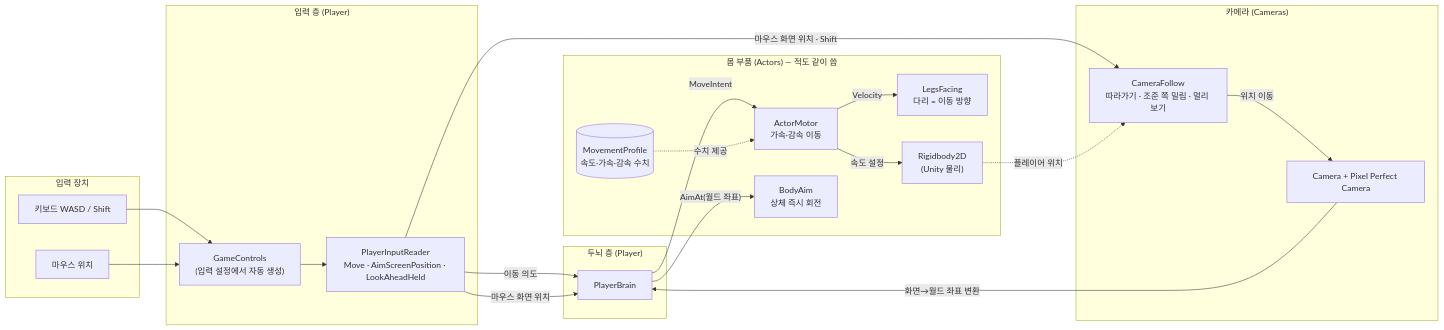
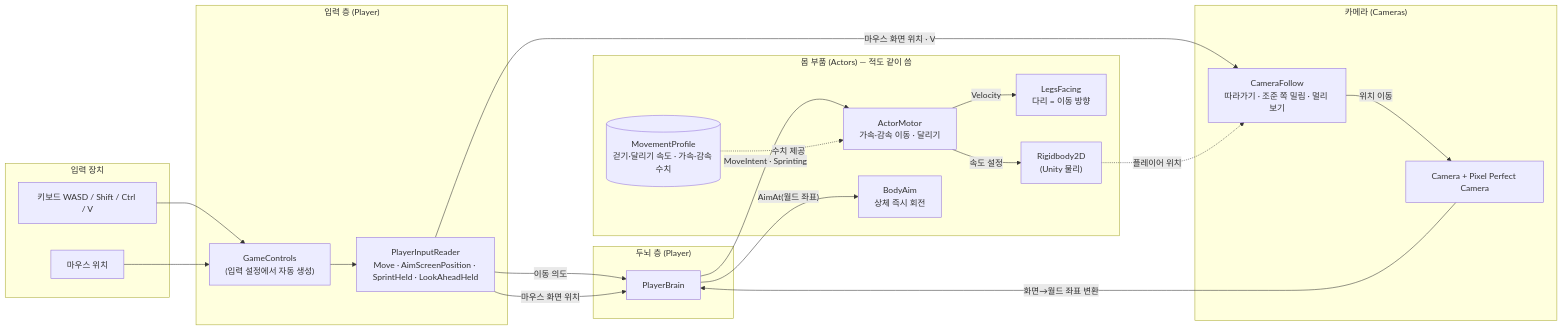
Before and after one commit to odyo0/project_dust_scrapper: the first of 8 diagrams in docs/코드-구조.md, drawn with Mermaid. The commit also changed other lines of this file and 18 other files, not shown here.

First line of the commit message:
feat: 페이즈 5 ① 키 바꾸기 — Shift 달리기, V 멀리 보기, 슬롯 1~3, 빈손 주먹

````diff
--- a/docs/코드-구조.md
+++ b/docs/코드-구조.md
@@ -41,44 +41,44 @@
 ```mermaid
 flowchart LR
     subgraph 장치["입력 장치"]
-        KB["키보드 WASD / Shift"]
+        KB["키보드 WASD / Shift / Ctrl / V"]
         MS["마우스 위치"]
     end
 
     subgraph 입력["입력 층 (Player)"]
         GC["GameControls<br/>(입력 설정에서 자동 생성)"]
-        PIR["PlayerInputReader<br/>Move · AimScreenPosition · LookAheadHeld"]
+        PIR["PlayerInputReader<br/>Move · AimScreenPosition · SprintHeld · LookAheadHeld"]
     end
 
     subgraph 두뇌["두뇌 층 (Player)"]
         PB["PlayerBrain"]
     end
 
     subgraph 몸["몸 부품 (Actors) — 적도 같이 씀"]
-        AM["ActorMotor<br/>가속·감속 이동"]
+        AM["ActorMotor<br/>가속·감속 이동 · 달리기"]
         BA["BodyAim<br/>상체 즉시 회전"]
         LF["LegsFacing<br/>다리 = 이동 방향"]
-        MP[("MovementProfile<br/>속도·가속·감속 수치")]
+        MP[("MovementProfile<br/>걷기·달리기 속도 · 가속·감속 수치")]
         RB["Rigidbody2D<br/>(Unity 물리)"]
     end
 
     subgraph 카메라["카메라 (Cameras)"]
         CF["CameraFollow<br/>따라가기 · 조준 쪽 밀림 · 멀리 보기"]
         CAM["Camera + Pixel Perfect Camera"]
     end
 
     KB --> GC
     MS --> GC
     GC --> PIR
     PIR -- "이동 의도" --> PB
     PIR -- "마우스 화면 위치" --> PB
     CAM -- "화면→월드 좌표 변환" --> PB
-    PB -- "MoveIntent" --> AM
+    PB -- "MoveIntent · Sprinting" --> AM
     PB -- "AimAt(월드 좌표)" --> BA
     MP -. "수치 제공" .-> AM
     AM -- "속도 설정" --> RB
     AM -- "Velocity" --> LF
-    PIR -- "마우스 화면 위치 · Shift" --> CF
+    PIR -- "마우스 화면 위치 · V" --> CF
     RB -. "플레이어 위치" .-> CF
     CF -- "위치 이동" --> CAM
 ```
````
